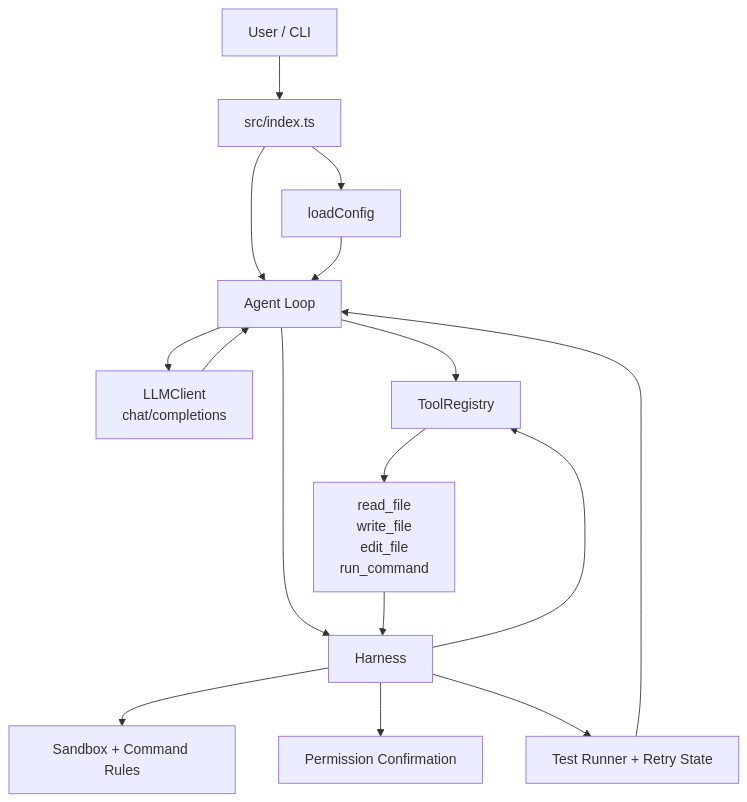
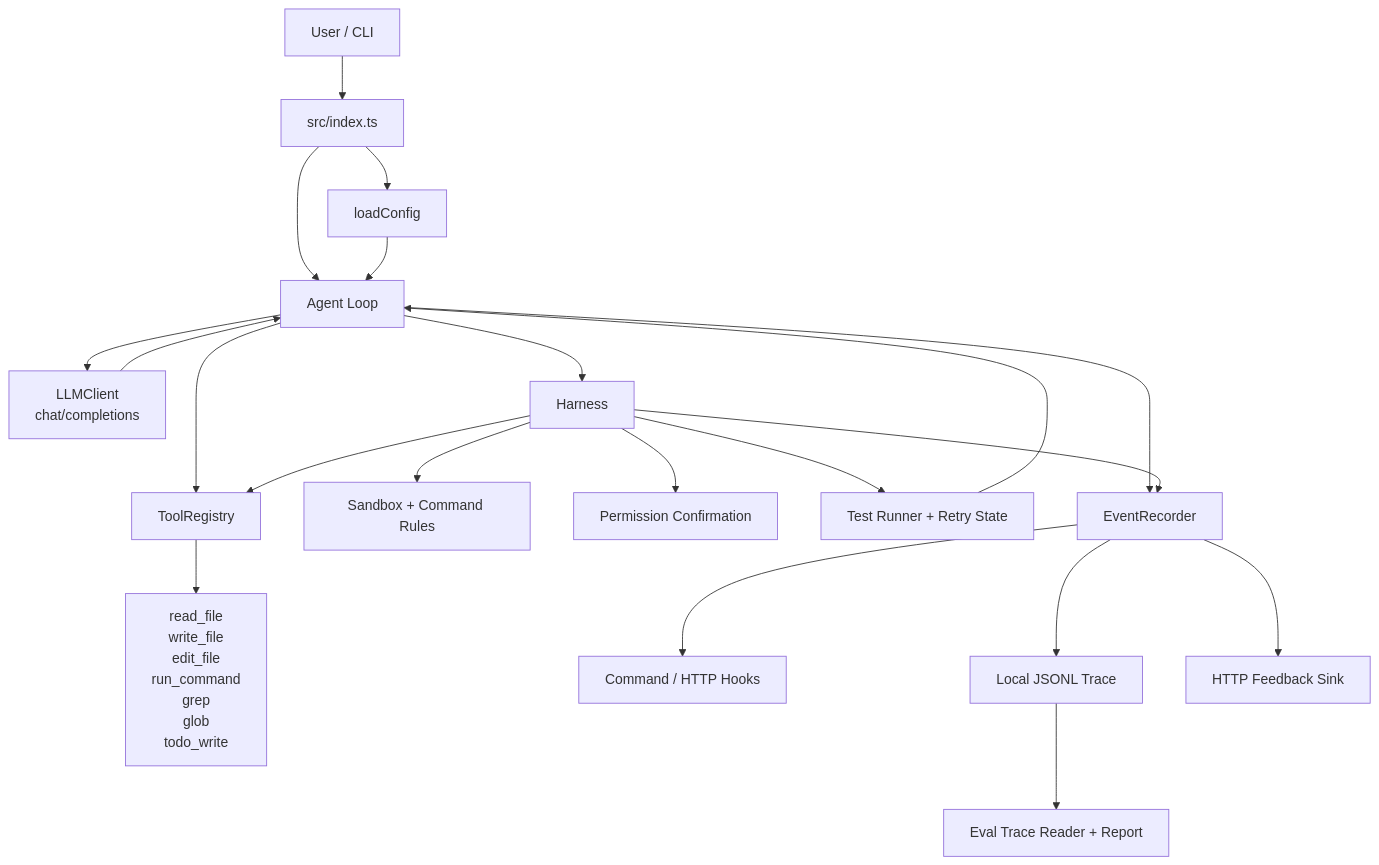
One commit to xdlrt/luka changed the diagram in README.md. Above: the diagram before and after it, drawn with Mermaid. The commit also changed other lines of this file and 4 other files, not shown here.

````diff
--- a/README.md
+++ b/README.md
@@ -120,18 +123,23 @@
 ```mermaid
 flowchart TD
     User[User / CLI] --> CLI[src/index.ts]
     CLI --> Config[loadConfig]
     CLI --> Loop[Agent Loop]
     Config --> Loop
     Loop --> LLM[LLMClient<br/>chat/completions]
     LLM --> Loop
     Loop --> Registry[ToolRegistry]
-    Registry --> Tools[read_file<br/>write_file<br/>edit_file<br/>run_command]
+    Registry --> Tools[read_file<br/>write_file<br/>edit_file<br/>run_command<br/>grep<br/>glob<br/>todo_write]
     Loop --> Harness[Harness]
     Harness --> Safety[Sandbox + Command Rules]
     Harness --> Permission[Permission Confirmation]
     Harness --> Registry
     Harness --> Verification[Test Runner + Retry State]
     Verification --> Loop
-    Tools --> Harness
+    Loop --> Recorder[EventRecorder]
+    Harness --> Recorder
+    Recorder --> Hooks[Command / HTTP Hooks]
+    Recorder --> Trace[Local JSONL Trace]
+    Recorder --> Feedback[HTTP Feedback Sink]
+    Trace --> Evals[Eval Trace Reader + Report]
 ```
````
